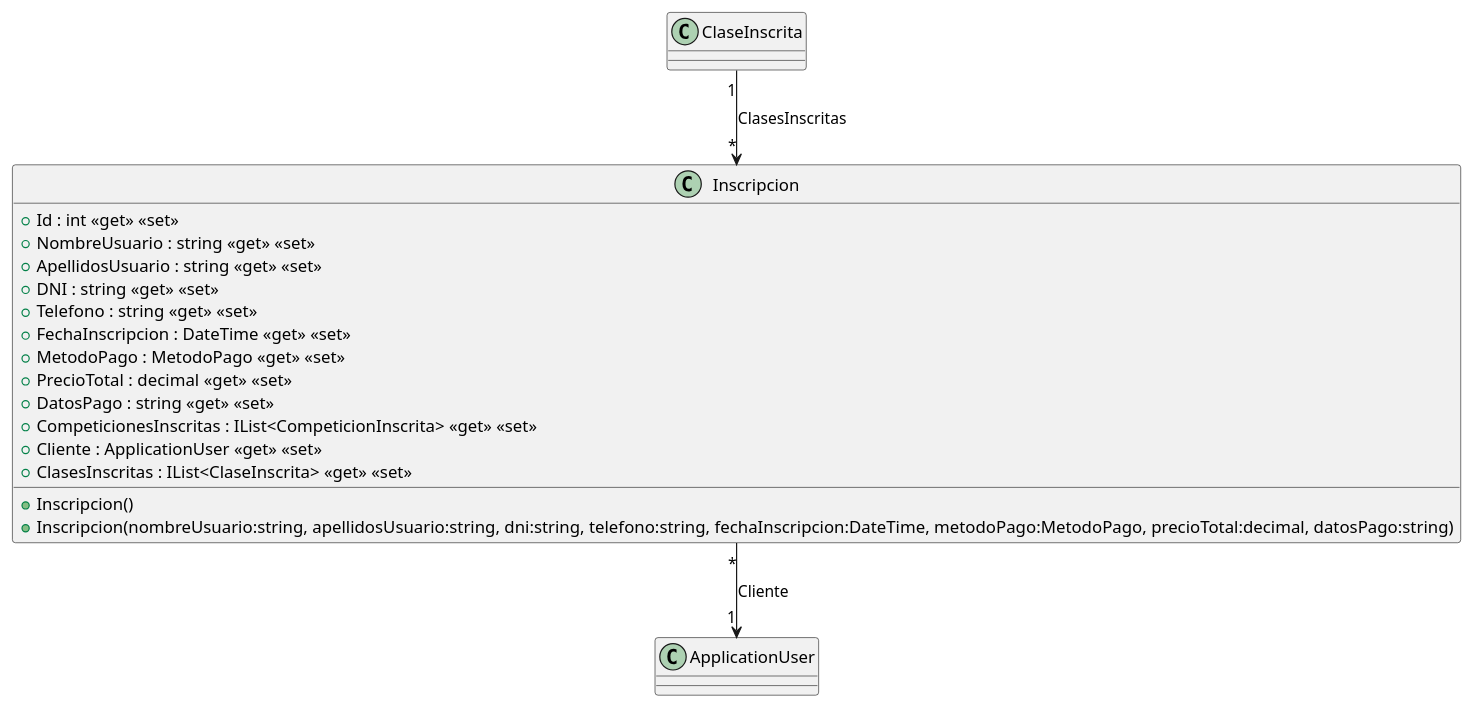
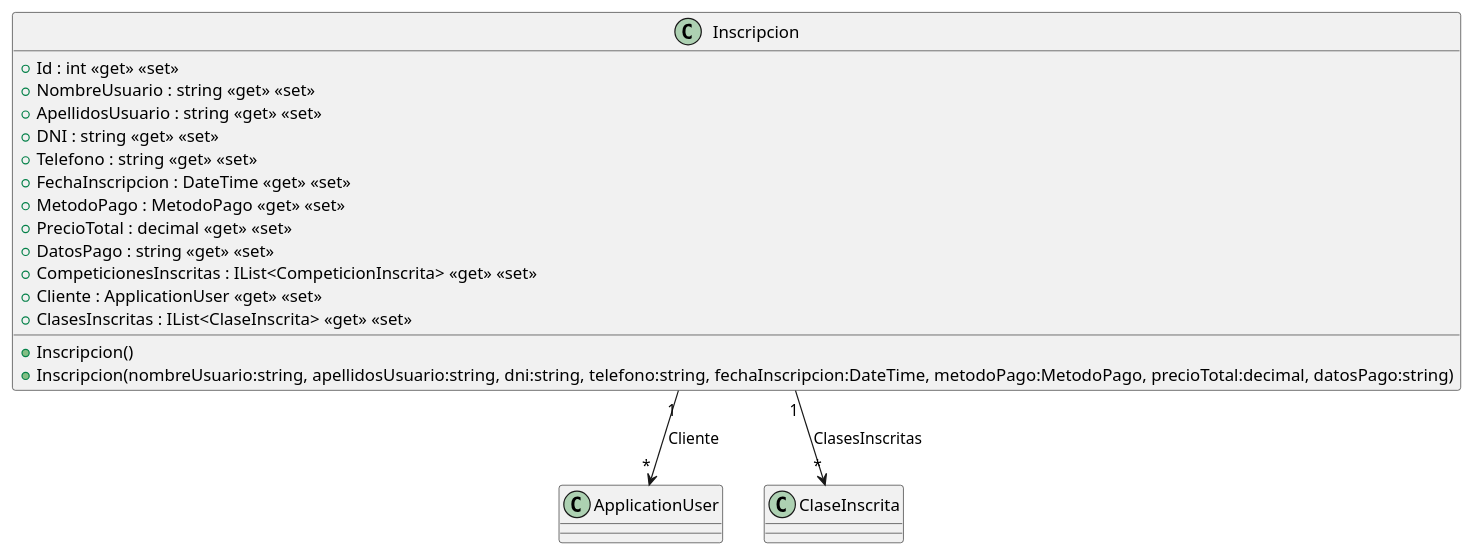
One commit to ISII26-27RJD/ISII2627-RDJ changed the diagram in src/AppForSEII.API/ClassDiagram/Inscripcion.puml. Above: the diagram before and after it, drawn with PlantUML. The commit also changed 1 other file, not shown here.

```diff
--- a/src/AppForSEII.API/ClassDiagram/Inscripcion.puml
+++ b/src/AppForSEII.API/ClassDiagram/Inscripcion.puml
@@ -1,22 +1,22 @@
 @startuml
 class Inscripcion {
     + Inscripcion()
     + Inscripcion(nombreUsuario:string, apellidosUsuario:string, dni:string, telefono:string, fechaInscripcion:DateTime, metodoPago:MetodoPago, precioTotal:decimal, datosPago:string)
     + Id : int <<get>> <<set>>
     + NombreUsuario : string <<get>> <<set>>
     + ApellidosUsuario : string <<get>> <<set>>
     + DNI : string <<get>> <<set>>
     + Telefono : string <<get>> <<set>>
     + FechaInscripcion : DateTime <<get>> <<set>>
     + MetodoPago : MetodoPago <<get>> <<set>>
     + PrecioTotal : decimal <<get>> <<set>>
     + DatosPago : string <<get>> <<set>>
     + CompeticionesInscritas : IList<CompeticionInscrita> <<get>> <<set>>
     + Cliente : ApplicationUser <<get>> <<set>>
     + ClasesInscritas : IList<ClaseInscrita> <<get>> <<set>>
 }
 
-Inscripcion "*" --> "1" ApplicationUser : Cliente
-ClaseInscrita "1" --> "*" Inscripcion : ClasesInscritas
+Inscripcion "1" --> "*" ApplicationUser : Cliente
+Inscripcion "1" --> "*" ClaseInscrita : ClasesInscritas
 
 @enduml
```
